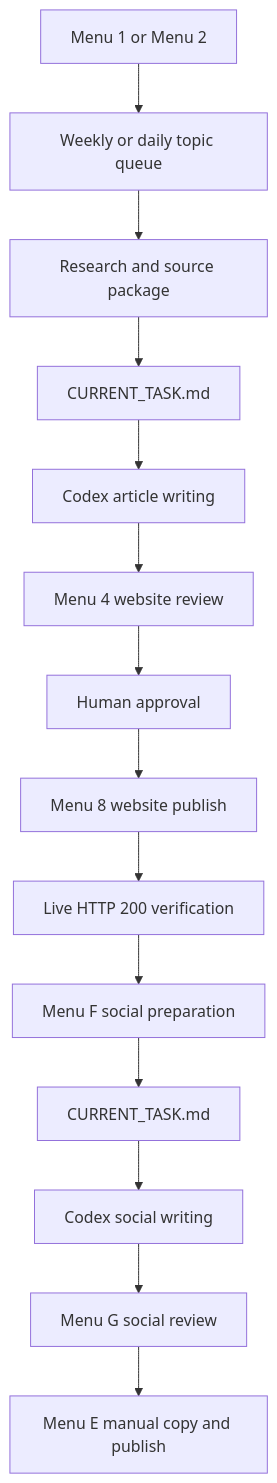
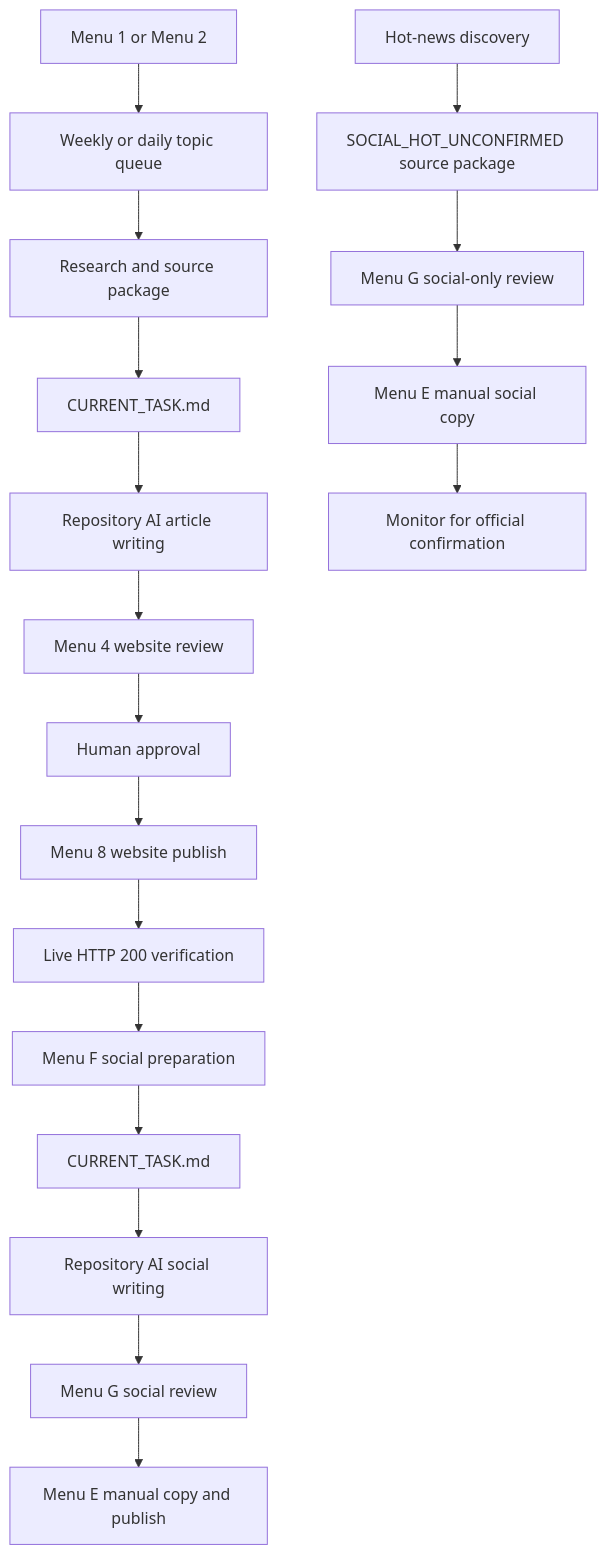
The second of 10 diagrams in PROJECT_GUIDE.md (tuanpk1977/affiliate-bot), drawn with Mermaid before and after one commit. The commit also changed other lines of this file and 136 other files, not shown here.

````diff
--- a/PROJECT_GUIDE.md
+++ b/PROJECT_GUIDE.md
@@ -64,16 +161,20 @@
 ```mermaid
 flowchart TD
     M12[Menu 1 or Menu 2] --> Q[Weekly or daily topic queue]
     Q --> R[Research and source package]
     R --> T1[CURRENT_TASK.md]
-    T1 --> CA[Codex article writing]
+    T1 --> CA[Repository AI article writing]
     CA --> M4[Menu 4 website review]
     M4 --> H[Human approval]
     H --> M8[Menu 8 website publish]
     M8 --> L[Live HTTP 200 verification]
     L --> MF[Menu F social preparation]
     MF --> T2[CURRENT_TASK.md]
-    T2 --> CS[Codex social writing]
+    T2 --> CS[Repository AI social writing]
     CS --> MG[Menu G social review]
     MG --> ME[Menu E manual copy and publish]
+    HD[Hot-news discovery] --> HU[SOCIAL_HOT_UNCONFIRMED source package]
+    HU --> HG[Menu G social-only review]
+    HG --> HE[Menu E manual social copy]
+    HE --> OC[Monitor for official confirmation]
 ```
````
